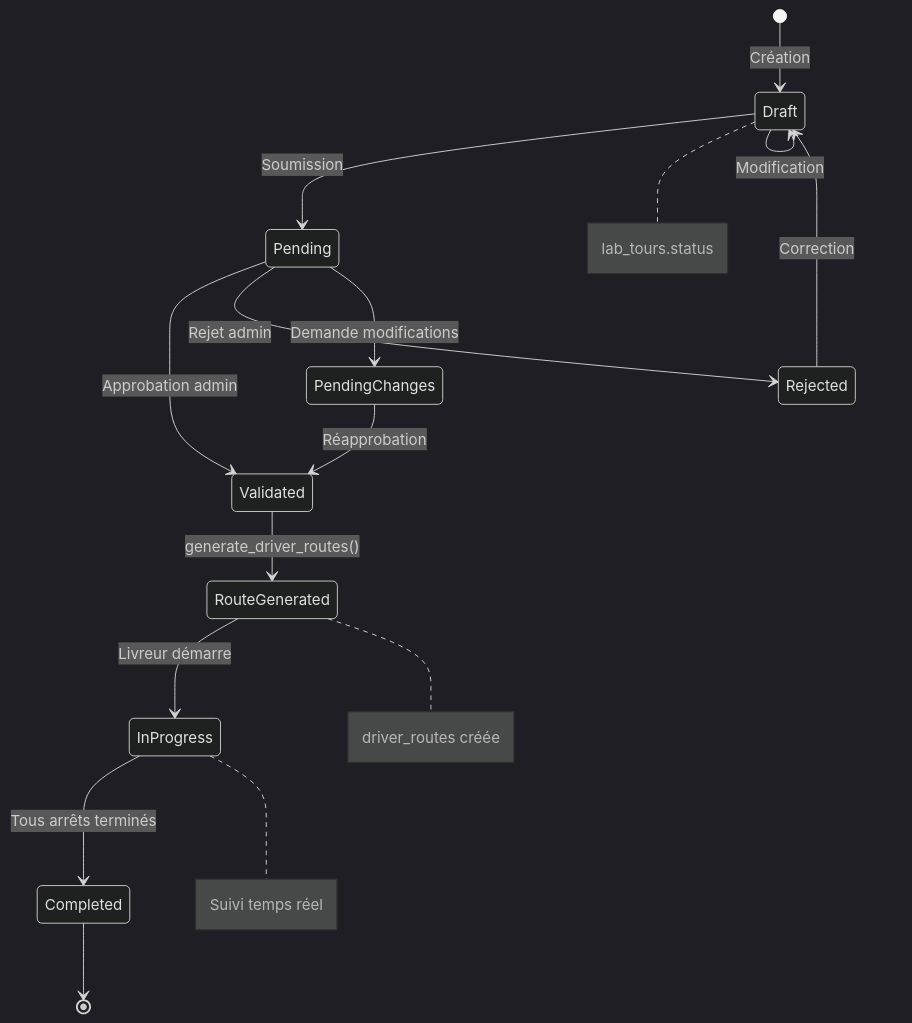
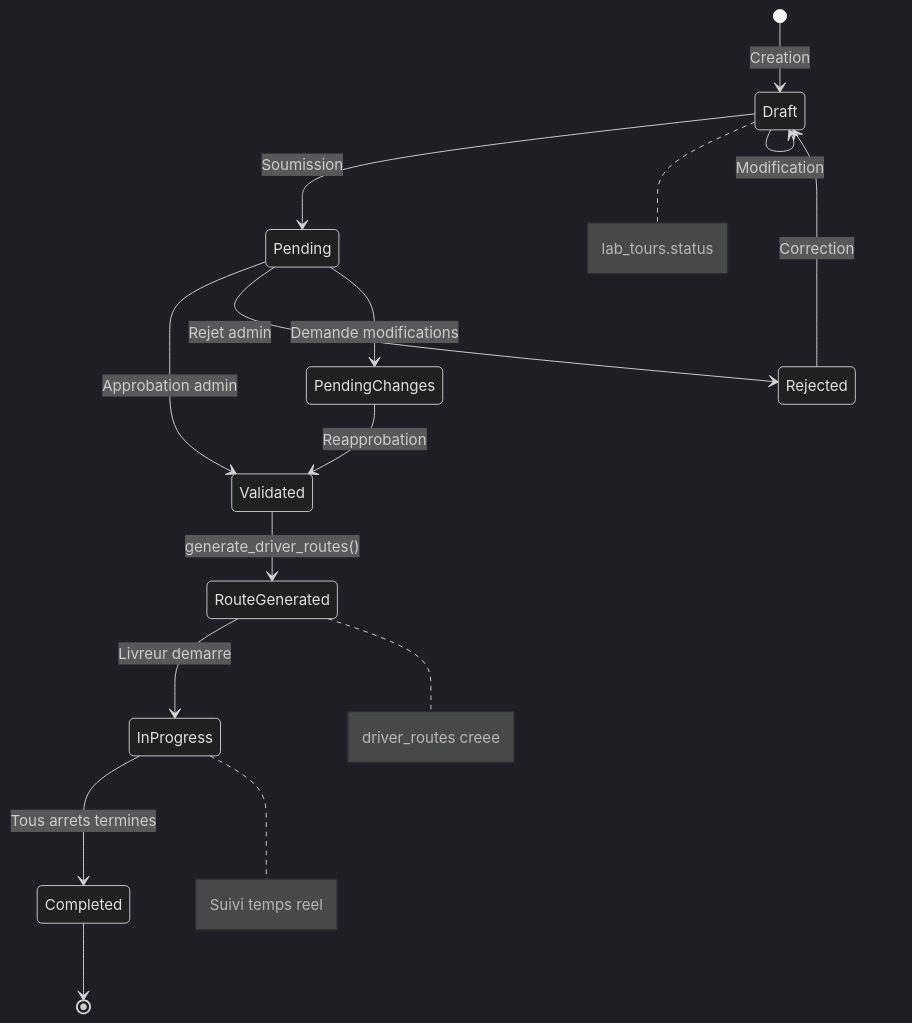
The fourth of 5 diagrams in README.md (blackrolf/provence-courses-supabase), drawn with Mermaid (dark theme) before and after one commit. The commit also changed other lines of this file, not shown here.

First line of the commit message:
Diagrammes Mermaid en sections pliables, sans emojis

````diff
--- a/README.md
+++ b/README.md
@@ -308,25 +335,25 @@
 ```mermaid
 stateDiagram-v2
-    [*] --> Draft: Création
+    [*] --> Draft: Creation
 
     Draft --> Pending: Soumission
     Draft --> Draft: Modification
 
     Pending --> Validated: Approbation admin
     Pending --> Rejected: Rejet admin
     Pending --> PendingChanges: Demande modifications
 
     Rejected --> Draft: Correction
-    PendingChanges --> Validated: Réapprobation
+    PendingChanges --> Validated: Reapprobation
 
     Validated --> RouteGenerated: generate_driver_routes()
 
-    RouteGenerated --> InProgress: Livreur démarre
-    InProgress --> Completed: Tous arrêts terminés
+    RouteGenerated --> InProgress: Livreur demarre
+    InProgress --> Completed: Tous arrets termines
 
     Completed --> [*]
 
     note right of Draft: lab_tours.status
-    note right of RouteGenerated: driver_routes créée
-    note right of InProgress: Suivi temps réel
+    note right of RouteGenerated: driver_routes creee
+    note right of InProgress: Suivi temps reel
 ```
````
